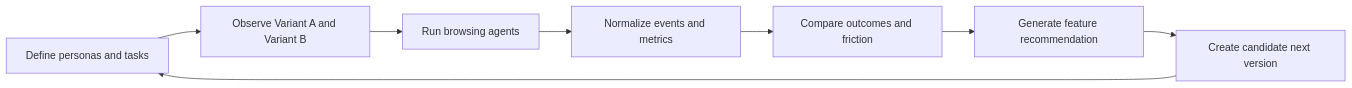
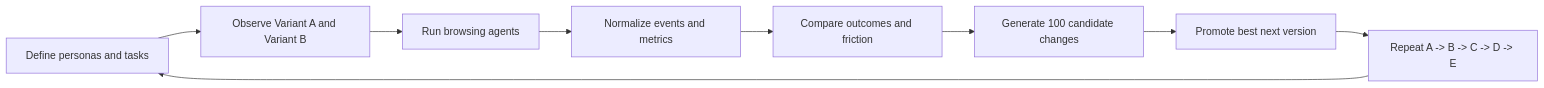
Before and after one commit to dyyfk/hackathon3: the diagram in README.md, drawn with Mermaid. The commit also changed other lines of this file and 6 other files, not shown here.

````diff
--- a/README.md
+++ b/README.md
@@ -86,10 +111,11 @@
 ```mermaid
 flowchart LR
   A["Define personas and tasks"] --> B["Observe Variant A and Variant B"]
   B --> C["Run browsing agents"]
   C --> D["Normalize events and metrics"]
   D --> E["Compare outcomes and friction"]
-  E --> F["Generate feature recommendation"]
-  F --> G["Create candidate next version"]
-  G --> A
+  E --> F["Generate 100 candidate changes"]
+  F --> G["Promote best next version"]
+  G --> H["Repeat A -> B -> C -> D -> E"]
+  H --> A
 ```
````
